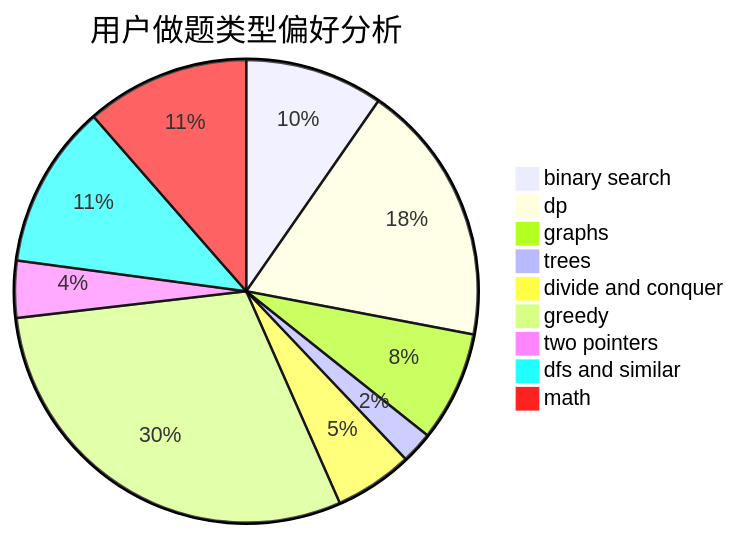
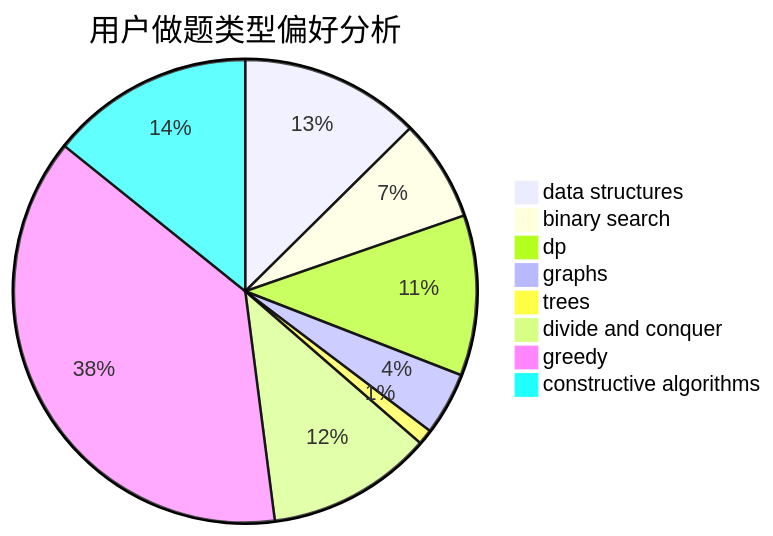
Before and after one commit to sherpahu/cfrs.github.io: the second of 3 diagrams in docs/user/u97.md, drawn with Mermaid. The commit also changed other lines of this file and 2775 other files, not shown here.

````diff
--- a/docs/user/u97.md
+++ b/docs/user/u97.md
@@ -23,12 +23,11 @@
 ```mermaid
 pie title 用户做题类型偏好分析
-    "binary search" :  343
-    "dp" :  651
-    "graphs" :  273
-    "trees" :  79
-    "divide and conquer" :  194
-    "greedy" :  1057
-    "two pointers" :  141
-    "dfs and similar" :  406
-    "math" :  406
+    "data structures" :  200
+    "binary search" :  113
+    "dp" :  178
+    "graphs" :  70
+    "trees" :  17
+    "divide and conquer" :  184
+    "greedy" :  601
+    "constructive algorithms" :  226
 ```
````
